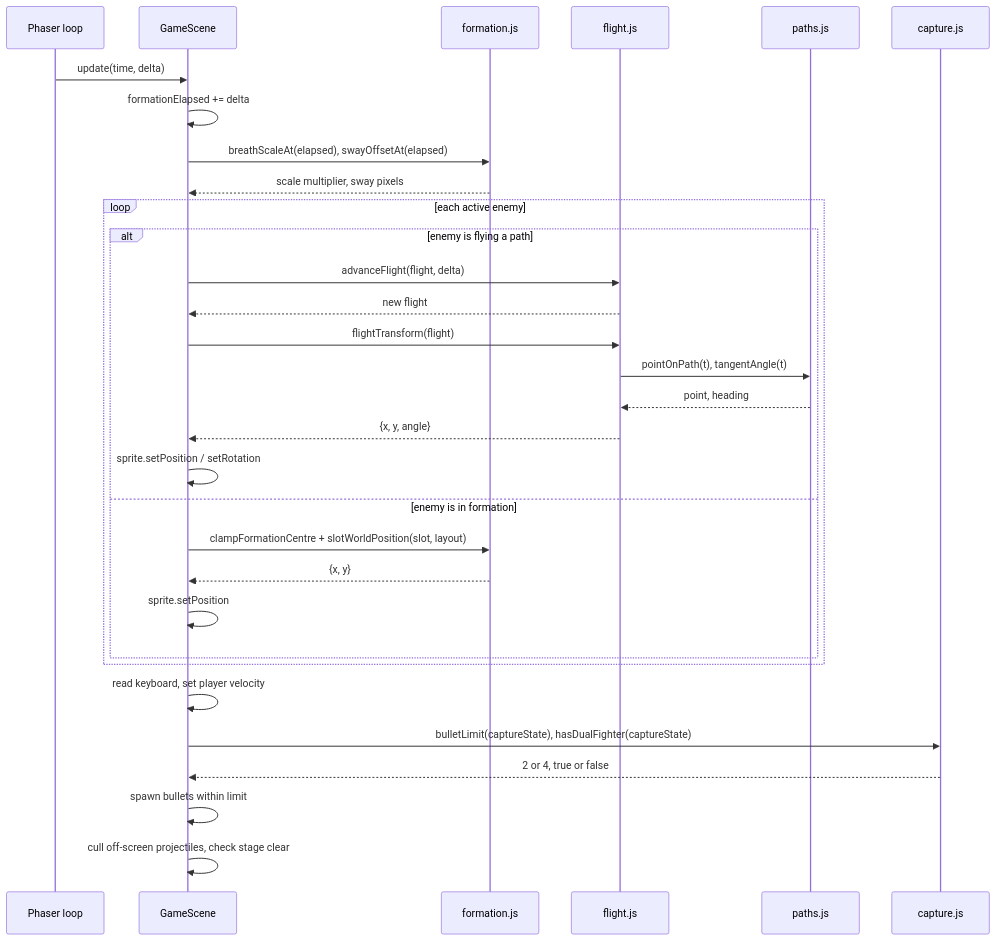
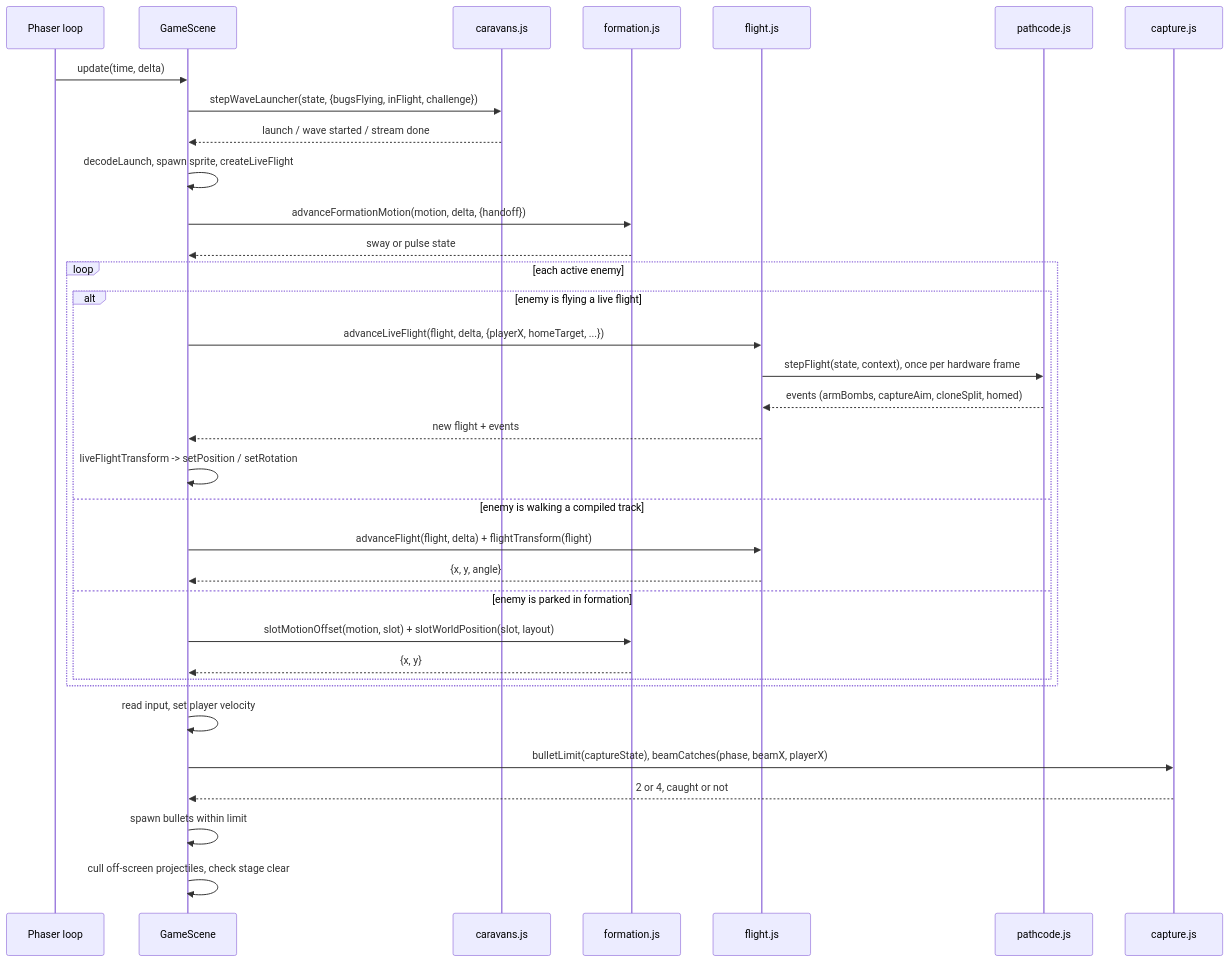
The second of 3 diagrams in docs/ARCHITECTURE.md (jdardash/alien-escape), drawn with Mermaid before and after one commit. The commit also changed other lines of this file, not shown here.

Commit message:
docs: bring ARCHITECTURE.md to the pass-6 machines

````diff
--- a/docs/ARCHITECTURE.md
+++ b/docs/ARCHITECTURE.md
@@ -168,34 +183,37 @@
 ```mermaid
 sequenceDiagram
     participant P as Phaser loop
     participant S as GameScene
+    participant CV as caravans.js
     participant F as formation.js
     participant FL as flight.js
-    participant PA as paths.js
+    participant PC as pathcode.js
     participant C as capture.js
 
     P->>S: update(time, delta)
-    S->>S: formationElapsed += delta
-    S->>F: breathScaleAt(elapsed), swayOffsetAt(elapsed)
-    F-->>S: scale multiplier, sway pixels
+    S->>CV: stepWaveLauncher(state, {bugsFlying, inFlight, challenge})
+    CV-->>S: launch / wave started / stream done
+    S->>S: decodeLaunch, spawn sprite, createLiveFlight
+    S->>F: advanceFormationMotion(motion, delta, {handoff})
+    F-->>S: sway or pulse state
     loop each active enemy
-        alt enemy is flying a path
-            S->>FL: advanceFlight(flight, delta)
-            FL-->>S: new flight
-            S->>FL: flightTransform(flight)
-            FL->>PA: pointOnPath(t), tangentAngle(t)
-            PA-->>FL: point, heading
+        alt enemy is flying a live flight
+            S->>FL: advanceLiveFlight(flight, delta, {playerX, homeTarget, ...})
+            FL->>PC: stepFlight(state, context), once per hardware frame
+            PC-->>FL: events (armBombs, captureAim, cloneSplit, homed)
+            FL-->>S: new flight + events
+            S->>S: liveFlightTransform -> setPosition / setRotation
+        else enemy is walking a compiled track
+            S->>FL: advanceFlight(flight, delta) + flightTransform(flight)
             FL-->>S: {x, y, angle}
-            S->>S: sprite.setPosition / setRotation
-        else enemy is in formation
-            S->>F: clampFormationCentre + slotWorldPosition(slot, layout)
+        else enemy is parked in formation
+            S->>F: slotMotionOffset(motion, slot) + slotWorldPosition(slot, layout)
             F-->>S: {x, y}
-            S->>S: sprite.setPosition
         end
     end
-    S->>S: read keyboard, set player velocity
-    S->>C: bulletLimit(captureState), hasDualFighter(captureState)
-    C-->>S: 2 or 4, true or false
+    S->>S: read input, set player velocity
+    S->>C: bulletLimit(captureState), beamCatches(phase, beamX, playerX)
+    C-->>S: 2 or 4, caught or not
     S->>S: spawn bullets within limit
     S->>S: cull off-screen projectiles, check stage clear
 ```
````
